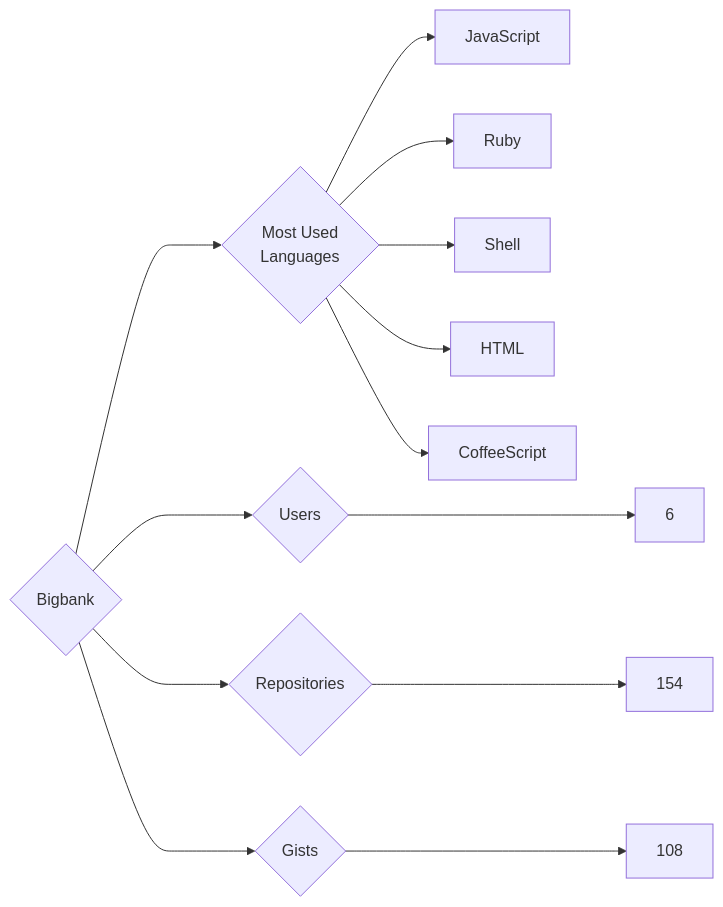
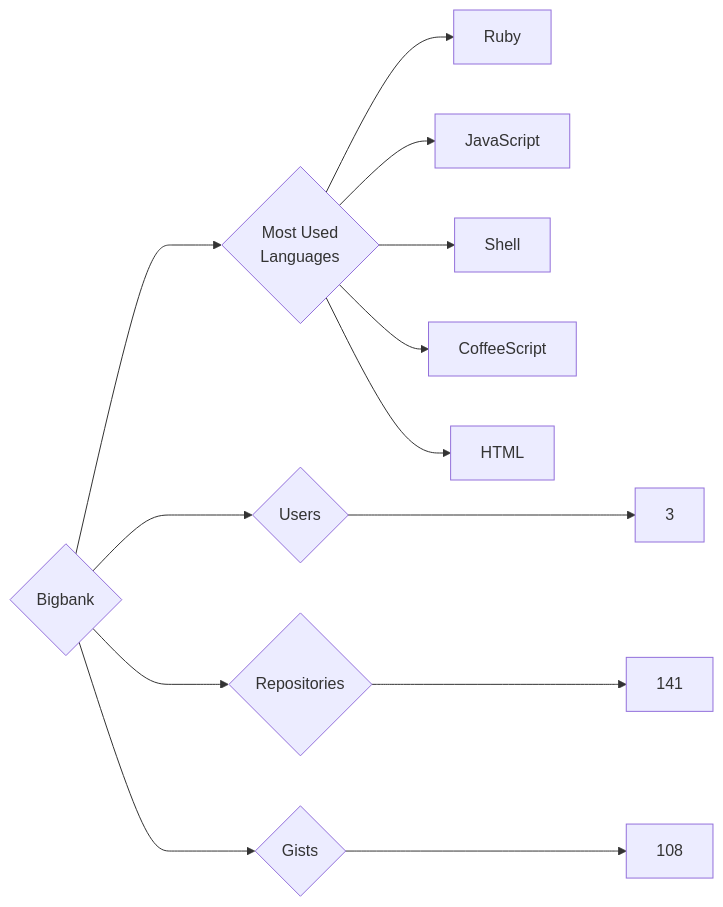
The diagram in targets/Bigbank/README.md (trickest/insiders), drawn with Mermaid before and after one commit. The commit also changed 682 other files, not shown here.

````diff
--- a/targets/Bigbank/README.md
+++ b/targets/Bigbank/README.md
@@ -3,13 +3,13 @@
 ```mermaid
 graph LR
 COMPANY_NAME{Bigbank}
-COMPANY_NAME ---> U{Users} ---> UN[6]
-COMPANY_NAME ---> R{Repositories} ---> RN[154]
+COMPANY_NAME ---> U{Users} ---> UN[3]
+COMPANY_NAME ---> R{Repositories} ---> RN[141]
 COMPANY_NAME ---> G{Gists} ---> GN[108]
 COMPANY_NAME ---> ML{Most Used<br>Languages}
+ML --> Ruby[Ruby]
 ML --> JavaScript[JavaScript]
-ML --> Ruby[Ruby]
 ML --> Shell[Shell]
+ML --> CoffeeScript[CoffeeScript]
 ML --> HTML[HTML]
-ML --> CoffeeScript[CoffeeScript]
 ```
````
